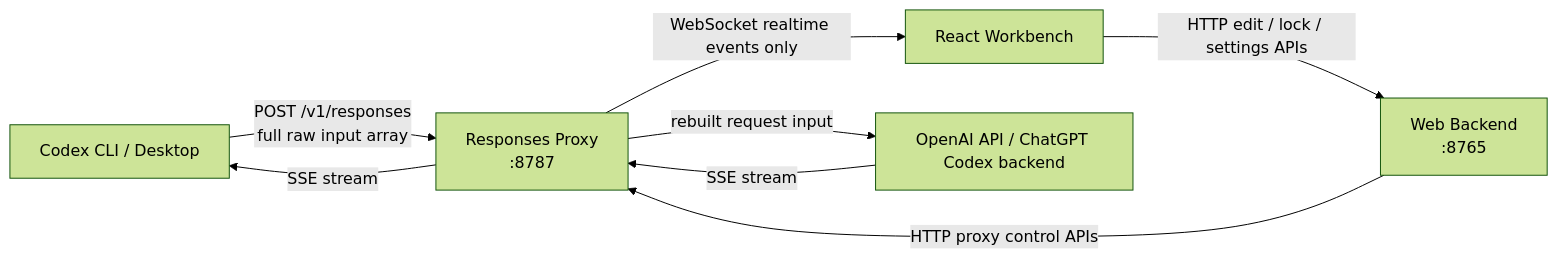
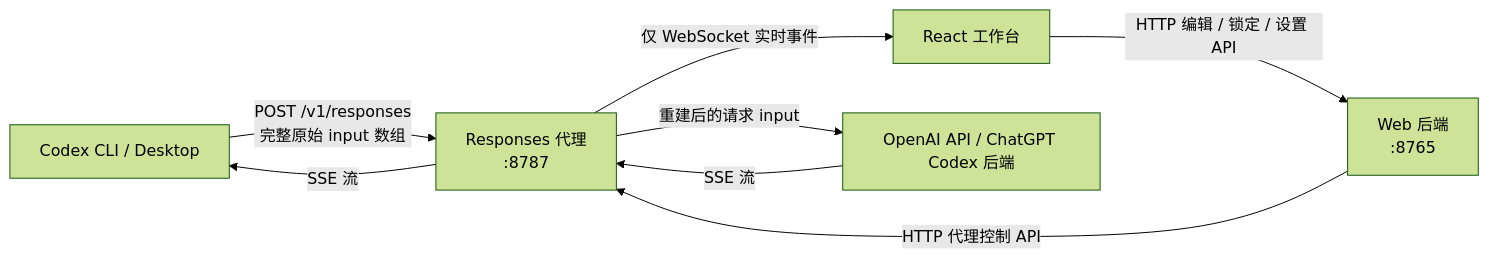
The first of 7 diagrams in docs/architecture.md (HaShiShark/codex-context-studio), drawn with Mermaid (forest theme) before and after one commit. The commit also changed other lines of this file and 94 other files, not shown here.

````diff
--- a/docs/architecture.md
+++ b/docs/architecture.md
@@ -5,17 +5,17 @@
 ```mermaid
 flowchart LR
     CD["Codex CLI / Desktop"]
-    PX["Responses Proxy\n:8787"]
-    WEB["Web Backend\n:8765"]
-    FE["React Workbench"]
-    OAI["OpenAI API / ChatGPT Codex backend"]
+    PX["Responses 代理\n:8787"]
+    WEB["Web 后端\n:8765"]
+    FE["React 工作台"]
+    OAI["OpenAI API / ChatGPT Codex 后端"]
 
-    CD -- "POST /v1/responses\nfull raw input array" --> PX
-    PX -- "rebuilt request input" --> OAI
-    OAI -- "SSE stream" --> PX
-    PX -- "SSE stream" --> CD
+    CD -- "POST /v1/responses\n完整原始 input 数组" --> PX
+    PX -- "重建后的请求 input" --> OAI
+    OAI -- "SSE 流" --> PX
+    PX -- "SSE 流" --> CD
 
-    FE -- "HTTP edit / lock / settings APIs" --> WEB
-    WEB -- "HTTP proxy control APIs" --> PX
-    PX -- "WebSocket realtime events only" --> FE
+    FE -- "HTTP 编辑 / 锁定 / 设置 API" --> WEB
+    WEB -- "HTTP 代理控制 API" --> PX
+    PX -- "仅 WebSocket 实时事件" --> FE
 ```
````
